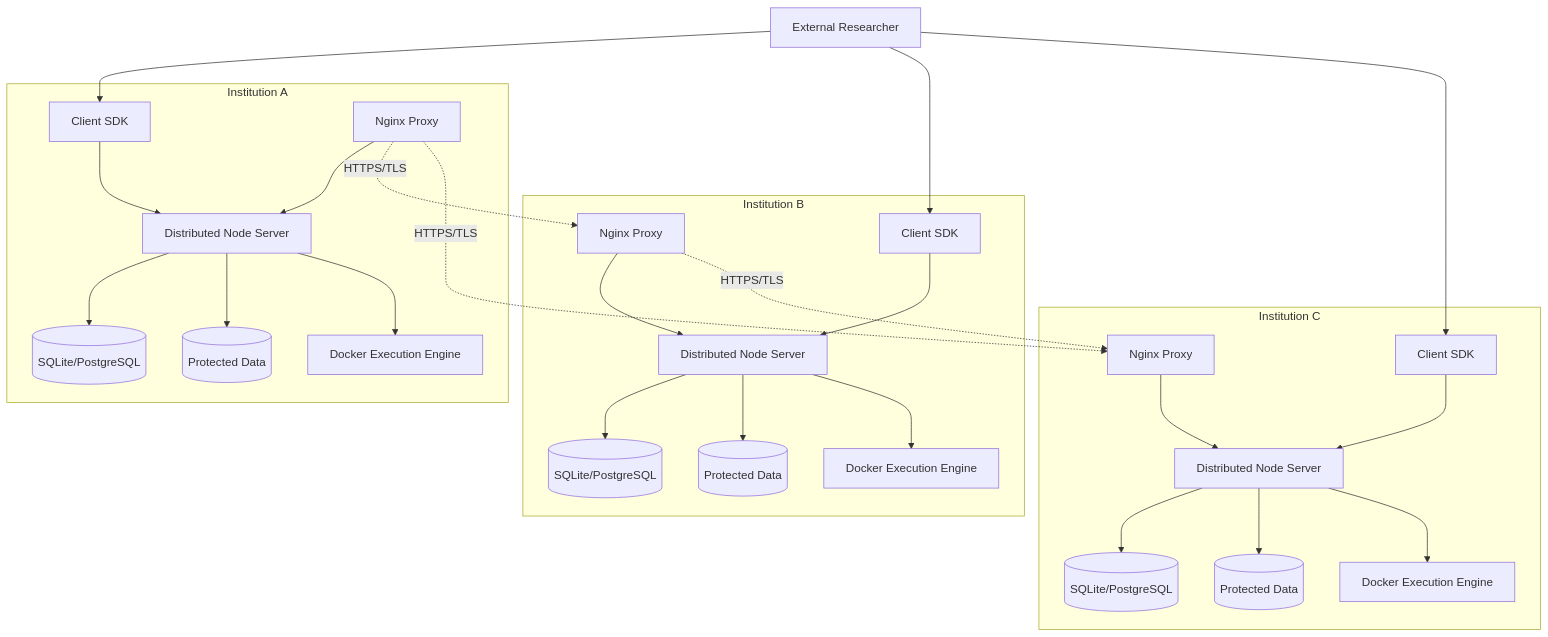
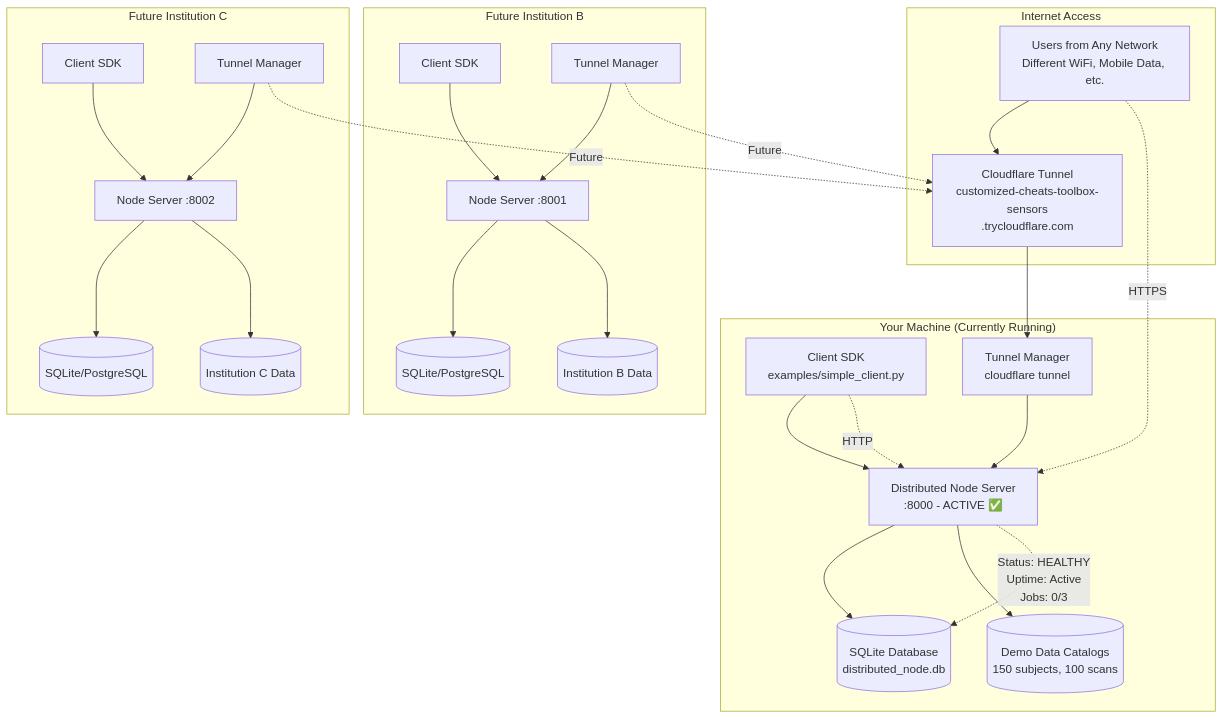
One commit to SavirMadan13/StimNet changed the first of 7 diagrams in SYSTEM_ARCHITECTURE_DIAGRAM.md. Above: the diagram before and after it, drawn with Mermaid. The commit also changed other lines of this file and 4 other files, not shown here.

Commit message:
updated system architecture diagram

````diff
--- a/SYSTEM_ARCHITECTURE_DIAGRAM.md
+++ b/SYSTEM_ARCHITECTURE_DIAGRAM.md
@@ -8,57 +33,60 @@
 ```mermaid
 graph TB
-    subgraph "Institution A"
-        A_Client[Client SDK]
-        A_Node[Distributed Node Server]
-        A_DB[(SQLite/PostgreSQL)]
-        A_Data[(Protected Data)]
-        A_Docker[Docker Execution Engine]
-        A_Nginx[Nginx Proxy]
+    subgraph "Your Machine (Currently Running)"
+        LocalClient[Client SDK<br/>examples/simple_client.py]
+        NodeServer[Distributed Node Server<br/>:8000 - ACTIVE ✅]
+        Database[(SQLite Database<br/>distributed_node.db)]
+        DemoData[(Demo Data Catalogs<br/>150 subjects, 100 scans)]
+        TunnelMgr[Tunnel Manager<br/>cloudflare tunnel]
         
-        A_Client --> A_Node
-        A_Node --> A_DB
-        A_Node --> A_Data
-        A_Node --> A_Docker
-        A_Nginx --> A_Node
+        LocalClient --> NodeServer
+        NodeServer --> Database
+        NodeServer --> DemoData
+        TunnelMgr --> NodeServer
     end
     
-    subgraph "Institution B"
+    subgraph "Internet Access"
+        CloudFlare[Cloudflare Tunnel<br/>customized-cheats-toolbox-sensors<br/>.trycloudflare.com]
+        GlobalUsers[Users from Any Network<br/>Different WiFi, Mobile Data, etc.]
+        
+        CloudFlare --> TunnelMgr
+        GlobalUsers --> CloudFlare
+    end
+    
+    subgraph "Future Institution B"
         B_Client[Client SDK]
-        B_Node[Distributed Node Server]
+        B_Node[Node Server :8001]
         B_DB[(SQLite/PostgreSQL)]
-        B_Data[(Protected Data)]
-        B_Docker[Docker Execution Engine]
-        B_Nginx[Nginx Proxy]
+        B_Data[(Institution B Data)]
+        B_Tunnel[Tunnel Manager]
         
         B_Client --> B_Node
         B_Node --> B_DB
         B_Node --> B_Data
-        B_Node --> B_Docker
-        B_Nginx --> B_Node
+        B_Tunnel --> B_Node
     end
     
-    subgraph "Institution C"
+    subgraph "Future Institution C"
         C_Client[Client SDK]
-        C_Node[Distributed Node Server]
+        C_Node[Node Server :8002]
         C_DB[(SQLite/PostgreSQL)]
-        C_Data[(Protected Data)]
-        C_Docker[Docker Execution Engine]
-        C_Nginx[Nginx Proxy]
+        C_Data[(Institution C Data)]
+        C_Tunnel[Tunnel Manager]
         
         C_Client --> C_Node
         C_Node --> C_DB
         C_Node --> C_Data
-        C_Node --> C_Docker
-        C_Nginx --> C_Node
+        C_Tunnel --> C_Node
     end
     
-    %% Cross-institutional connections
-    A_Nginx -.->|HTTPS/TLS| B_Nginx
-    B_Nginx -.->|HTTPS/TLS| C_Nginx
-    A_Nginx -.->|HTTPS/TLS| C_Nginx
+    %% Current active connections
+    GlobalUsers -.->|HTTPS| NodeServer
+    LocalClient -.->|HTTP| NodeServer
     
-    %% External connections
-    External[External Researcher] --> A_Client
-    External --> B_Client
-    External --> C_Client
+    %% Future cross-institutional connections
+    B_Tunnel -.->|Future| CloudFlare
+    C_Tunnel -.->|Future| CloudFlare
+    
+    %% Status indicators
+    NodeServer -.->|"Status: HEALTHY<br/>Uptime: Active<br/>Jobs: 0/3"| Database
 ```
````
